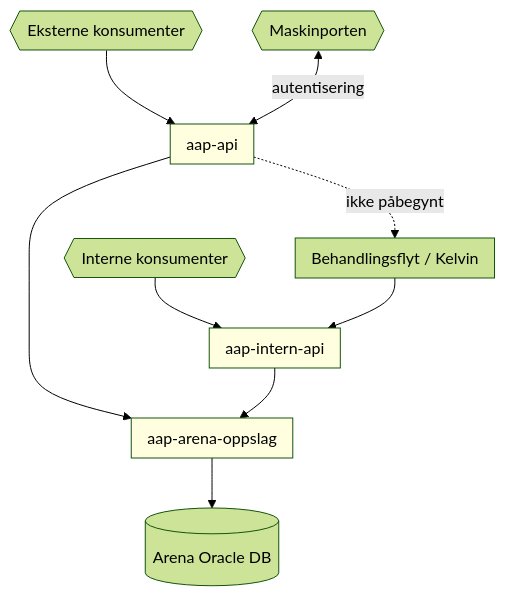
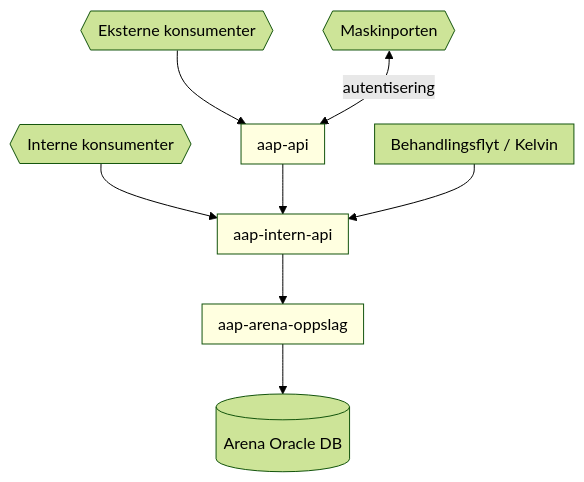
The diagram in docs/funksjonalitet/10_Datadeling/funksjonell.md (navikt/aap-intern-sysdok), drawn with Mermaid before and after one commit.

Commit message:
oppdatern mermain for api oppsett

````diff
--- a/docs/funksjonalitet/10_Datadeling/funksjonell.md
+++ b/docs/funksjonalitet/10_Datadeling/funksjonell.md
@@ -13,43 +13,42 @@
 ```mermaid
 ---
 config:
   theme: forest
 ---
 flowchart TB
     subgraph aap-api
         direction TB
     end
     subgraph aap-intern-api
         direction TB
     end
     
     subgraph aap-arena-oppslag
         direction TB
     end
     
     subgraph behandlingsflyt [Behandlingsflyt / Kelvin ]
         direction TB
     end
     
     maskinporten{{ Maskinporten }}
     
     outside{{ Eksterne konsumenter }}
     interne{{ Interne konsumenter}}
     arena[( Arena Oracle DB )]
 
     outside --> aap-api
     interne --> aap-intern-api
     
     maskinporten <-- autentisering --> aap-api
     
-    aap-api --> aap-arena-oppslag
+    aap-api --> aap-intern-api
     aap-intern-api --> aap-arena-oppslag
     
     aap-arena-oppslag --> arena
-    aap-api -. ikke påbegynt .-> behandlingsflyt
     behandlingsflyt --> aap-intern-api
     
     style aap-api fill:#FFFFE0
     style aap-intern-api fill:#FFFFE0
     style aap-arena-oppslag fill:#FFFFE0
 ```
````
